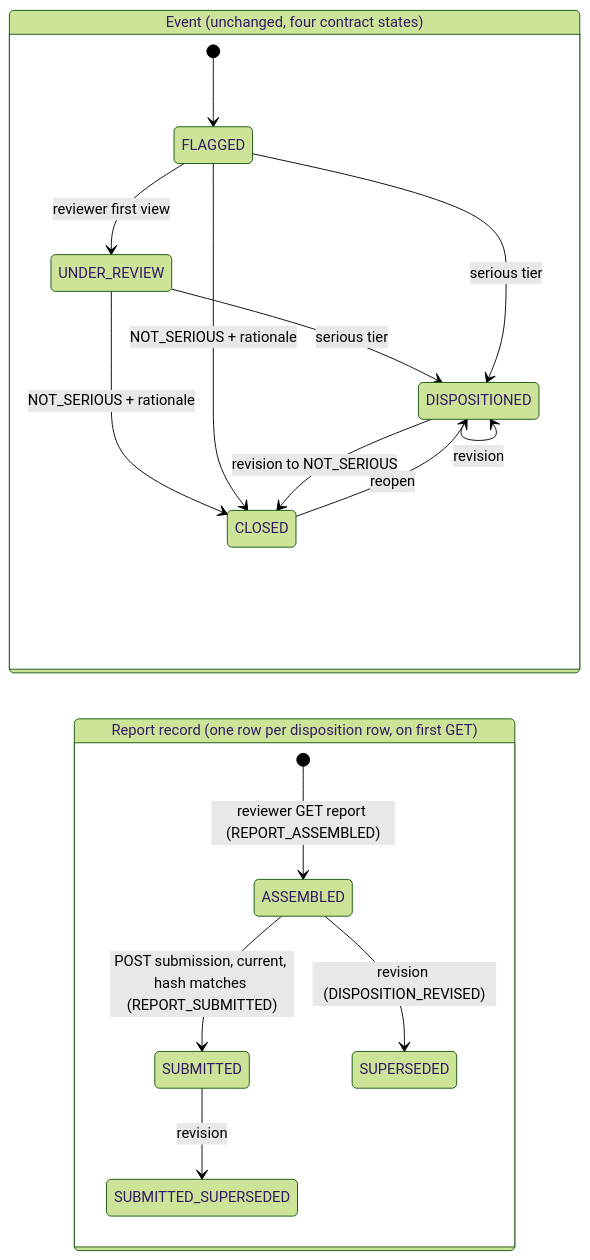
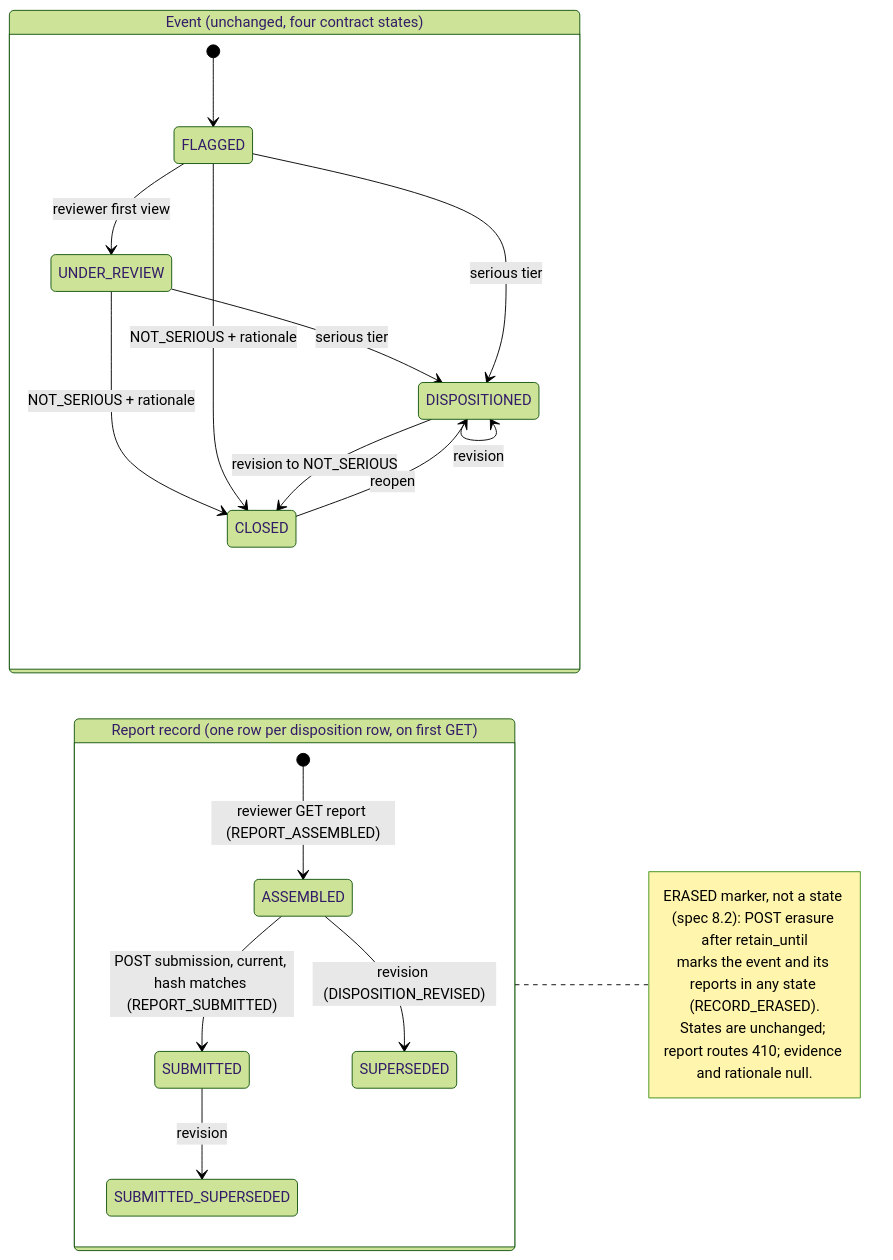
Before and after one commit to Shadiamw/EU_AI_ACT_MONITOR: the second of 3 diagrams in docs/models/phase5_models.md, drawn with Mermaid (forest theme). The commit also changed 4 other files, not shown here.

````diff
--- a/docs/models/phase5_models.md
+++ b/docs/models/phase5_models.md
@@ -40,21 +40,26 @@
 ```mermaid
 stateDiagram-v2
     direction LR
     state "Event (unchanged, four contract states)" as Event {
         [*] --> FLAGGED
         FLAGGED --> UNDER_REVIEW: reviewer first view
         UNDER_REVIEW --> DISPOSITIONED: serious tier
         UNDER_REVIEW --> CLOSED: NOT_SERIOUS + rationale
         FLAGGED --> DISPOSITIONED: serious tier
         FLAGGED --> CLOSED: NOT_SERIOUS + rationale
         DISPOSITIONED --> DISPOSITIONED: revision
         DISPOSITIONED --> CLOSED: revision to NOT_SERIOUS
         CLOSED --> DISPOSITIONED: reopen
     }
     state "Report record (one row per disposition row, on first GET)" as Report {
         [*] --> ASSEMBLED: reviewer GET report (REPORT_ASSEMBLED)
         ASSEMBLED --> SUBMITTED: POST submission, current, hash matches (REPORT_SUBMITTED)
         ASSEMBLED --> SUPERSEDED: revision (DISPOSITION_REVISED)
         SUBMITTED --> SUBMITTED_SUPERSEDED: revision
     }
+    note right of Report
+        ERASED marker, not a state (spec 8.2): POST erasure after retain_until
+        marks the event and its reports in any state (RECORD_ERASED).
+        States are unchanged; report routes 410; evidence and rationale null.
+    end note
 ```
````
